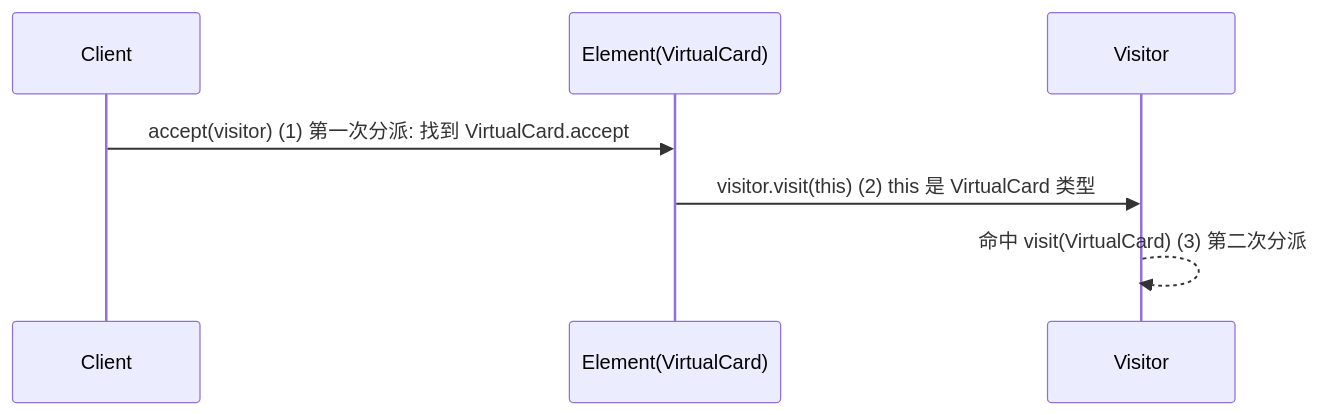
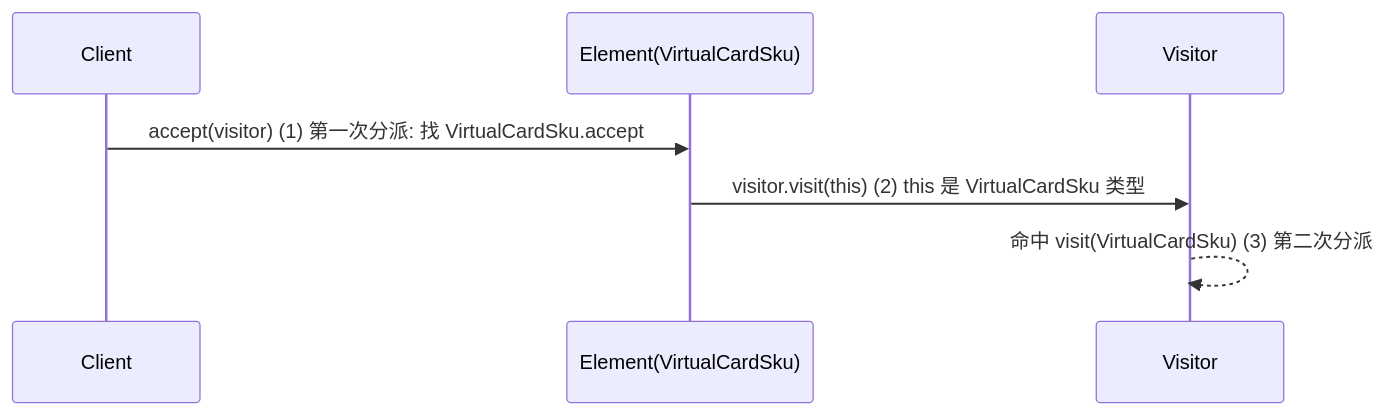
The third of 7 diagrams in docs/08.编程/03.巧学设计模式/22.访问者模式设计思想.md (chongyang211/YCBookBlog), drawn with Mermaid before and after one commit. The commit also changed other lines of this file and 13 other files, not shown here.

````diff
--- a/docs/08.编程/03.巧学设计模式/22.访问者模式设计思想.md
+++ b/docs/08.编程/03.巧学设计模式/22.访问者模式设计思想.md
@@ -217,9 +291,9 @@
 ```mermaid
 sequenceDiagram
     participant C as Client
-    participant E as Element(VirtualCard)
+    participant E as Element(VirtualCardSku)
     participant V as Visitor
-    C->>E: accept(visitor)         (1) 第一次分派: 找到 VirtualCard.accept
-    E->>V: visitor.visit(this)     (2) this 是 VirtualCard 类型
-    V-->>V: 命中 visit(VirtualCard) (3) 第二次分派
+    C->>E: accept(visitor)         (1) 第一次分派: 找 VirtualCardSku.accept
+    E->>V: visitor.visit(this)     (2) this 是 VirtualCardSku 类型
+    V-->>V: 命中 visit(VirtualCardSku) (3) 第二次分派
 ```
````
